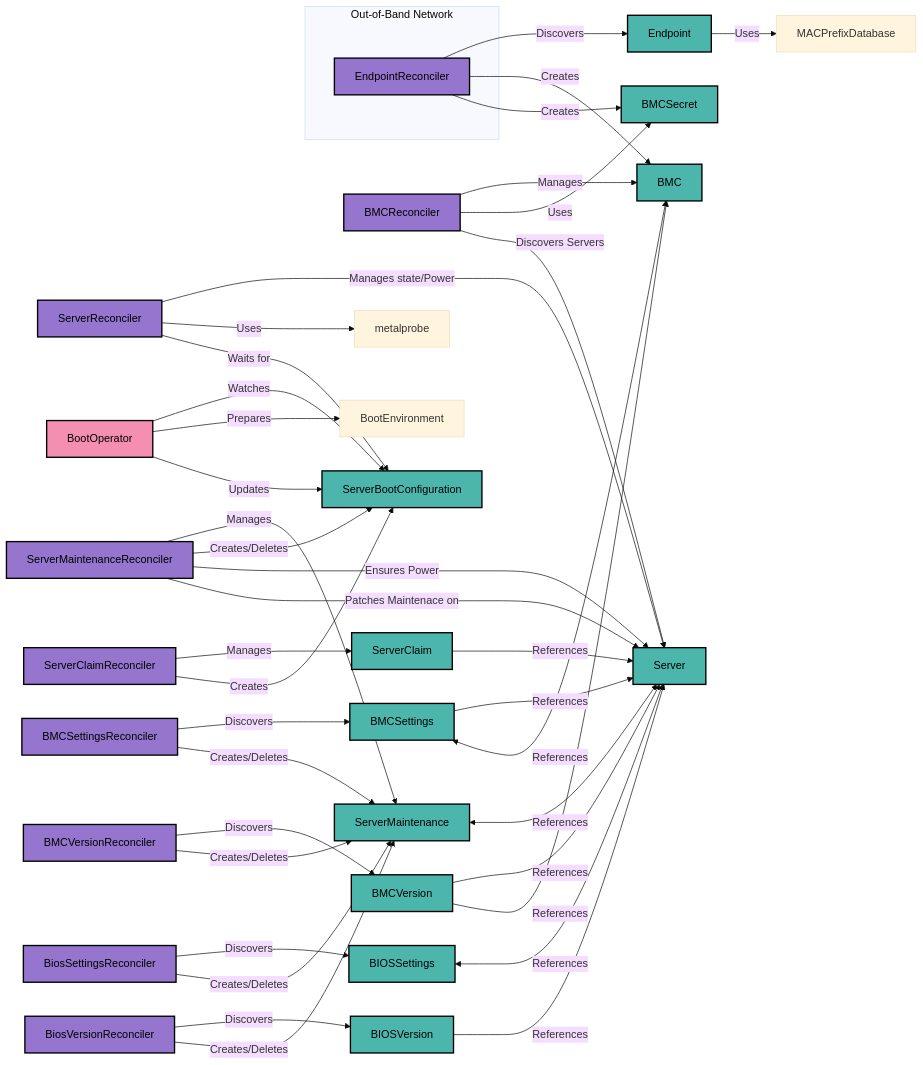
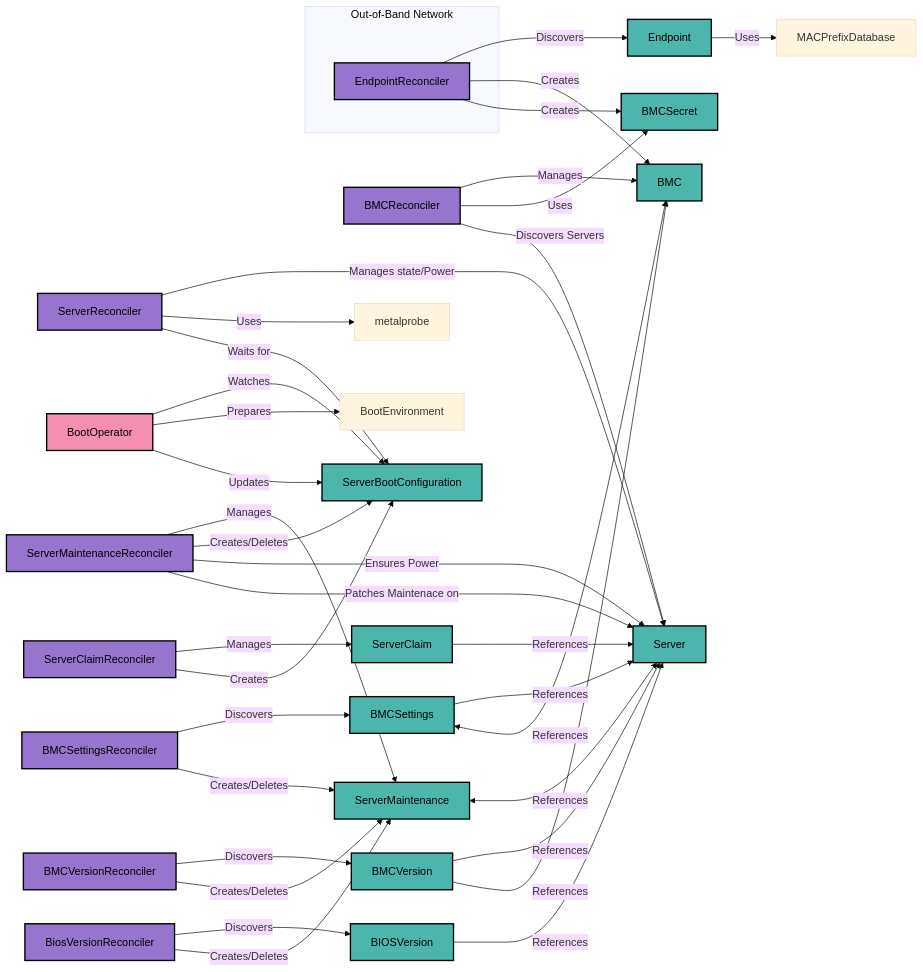
Before and after one commit to ironcore-dev/metal-operator: the diagram in docs/architecture.md, drawn with Mermaid (base theme). The commit also changed other lines of this file and 52 other files, not shown here.

````diff
--- a/docs/architecture.md
+++ b/docs/architecture.md
@@ -10,58 +10,54 @@
 ```mermaid
 flowchart LR
     subgraph Out-of-Band Network
         EndpointReconciler
     end
     EndpointReconciler -- Discovers --> Endpoint
     Endpoint -- Uses --> MACPrefixDatabase
     EndpointReconciler -- Creates --> BMC & BMCSecret
 
     BMCReconciler -- Manages --> BMC
     BMCReconciler -- Uses --> BMCSecret
     BMCReconciler -- Discovers Servers --> Server
 
     ServerReconciler -- Manages state/Power --> Server
     ServerReconciler -- Uses --> metalprobe
     ServerReconciler -- Waits for --> ServerBootConfiguration
     
     ServerMaintenanceReconciler -- Manages --> ServerMaintenance
     ServerMaintenanceReconciler -- Creates/Deletes --> ServerBootConfiguration
     ServerMaintenanceReconciler -- Ensures Power --> Server
     ServerMaintenanceReconciler -- Patches Maintenace on --> Server
 
     ServerMaintenance -- References <--> Server
 
     ServerClaimReconciler -- Manages --> ServerClaim
     ServerClaim -- References --> Server
     ServerClaimReconciler -- Creates --> ServerBootConfiguration
 
     BootOperator -- Watches --> ServerBootConfiguration
     BootOperator -- Prepares --> BootEnvironment
     BootOperator -- Updates --> ServerBootConfiguration
 
-    BiosSettingsReconciler -- Discovers --> BIOSSettings
-    BiosSettingsReconciler -- Creates/Deletes --> ServerMaintenance
-    BIOSSettings -- References <--> Server
-
     BiosVersionReconciler -- Discovers --> BIOSVersion
     BiosVersionReconciler -- Creates/Deletes --> ServerMaintenance
     BIOSVersion -- References --> Server
 
     BMCSettingsReconciler -- Discovers --> BMCSettings
     BMCSettingsReconciler -- Creates/Deletes --> ServerMaintenance
     BMCSettings -- References --> Server
     BMCSettings -- References <--> BMC
 
     BMCVersionReconciler -- Discovers --> BMCVersion
     BMCVersionReconciler -- Creates/Deletes --> ServerMaintenance
     BMCVersion -- References --> Server
     BMCVersion -- References --> BMC
 
     classDef operator fill:#9575cd, stroke:#000, stroke-width:2px, color:#000;
     classDef crd fill:#4db6ac, stroke:#000, stroke-width:2px, color:#000;
     classDef external fill:#f48fb1, stroke:#000, stroke-width:2px, color:#000;
 
-    class EndpointReconciler,BMCReconciler,ServerReconciler,ServerClaimReconciler,ServerMaintenanceReconciler,BiosSettingsReconciler,BiosVersionReconciler,BMCSettingsReconciler,BMCVersionReconciler operator;
-    class Endpoint,BMC,BMCSecret,Server,ServerClaim,ServerBootConfiguration,ServerMaintenance,BMCSettings,BMCVersion,BIOSVersion,BIOSSettings crd;
+    class EndpointReconciler,BMCReconciler,ServerReconciler,ServerClaimReconciler,ServerMaintenanceReconciler,BiosVersionReconciler,BMCSettingsReconciler,BMCVersionReconciler operator;
+    class Endpoint,BMC,BMCSecret,Server,ServerClaim,ServerBootConfiguration,ServerMaintenance,BMCSettings,BMCVersion,BIOSVersion crd;
     class BootOperator external;
 ```
````
